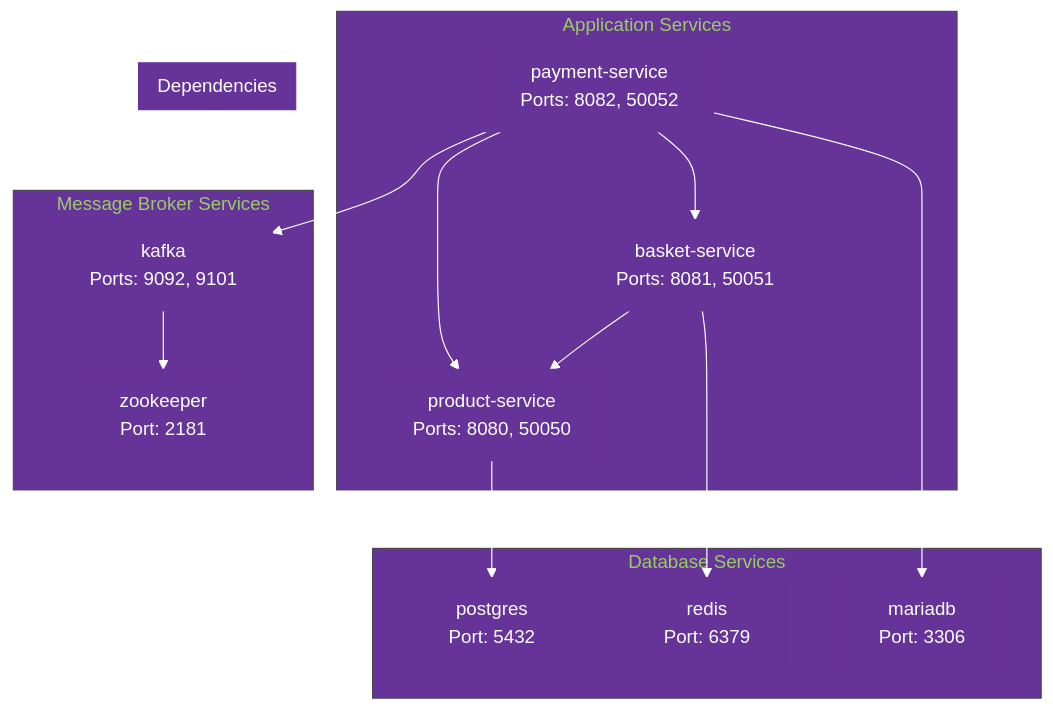
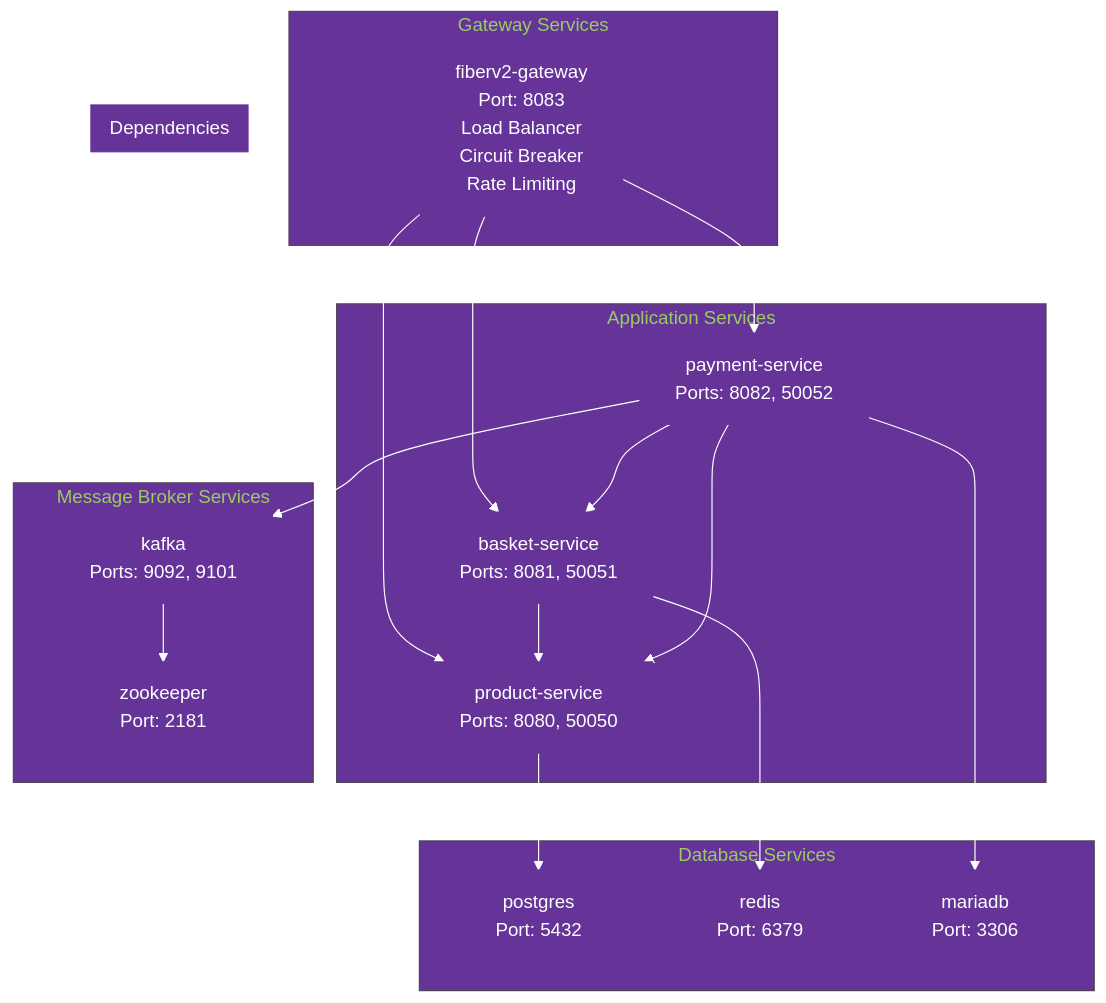
Before and after one commit to ozturkeniss/obs-tools-usage: diagram 16 of 21 in README.md, drawn with Mermaid. The commit also changed other lines of this file, not shown here.

First line of the commit message:
Add FiberV2 Gateway architecture and features documentation in README.md

````diff
--- a/README.md
+++ b/README.md
@@ -468,31 +662,38 @@
 ```mermaid
 %%{init: {'theme':'base', 'themeVariables': { 'primaryColor': '#663399', 'primaryTextColor': '#ffffff', 'primaryBorderColor': '#663399', 'lineColor': '#ffffff', 'secondaryColor': '#663399', 'tertiaryColor': '#663399'}}}%%
 graph TB
+    subgraph "Gateway Services"
+        Gateway[fiberv2-gateway<br/>Port: 8083<br/>Load Balancer<br/>Circuit Breaker<br/>Rate Limiting]
+    end
+    
     subgraph "Application Services"
         ProductService[product-service<br/>Ports: 8080, 50050]
         BasketService[basket-service<br/>Ports: 8081, 50051]
         PaymentService[payment-service<br/>Ports: 8082, 50052]
     end
     
     subgraph "Database Services"
         PostgreSQL[postgres<br/>Port: 5432]
         Redis[redis<br/>Port: 6379]
         MariaDB[mariadb<br/>Port: 3306]
     end
     
     subgraph "Message Broker Services"
         Kafka[kafka<br/>Ports: 9092, 9101]
         Zookeeper[zookeeper<br/>Port: 2181]
     end
     
     subgraph "Dependencies"
+        Gateway --> ProductService
+        Gateway --> BasketService
+        Gateway --> PaymentService
         ProductService --> PostgreSQL
         BasketService --> Redis
         PaymentService --> MariaDB
         BasketService --> ProductService
         PaymentService --> BasketService
         PaymentService --> ProductService
         PaymentService --> Kafka
         Kafka --> Zookeeper
     end
 ```
````
